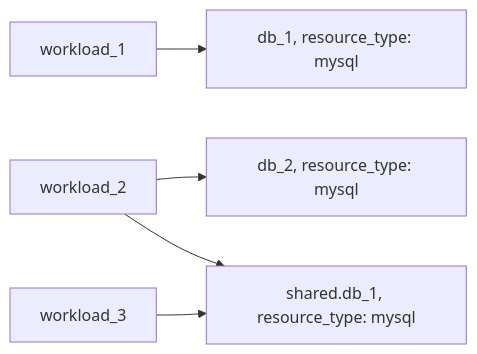
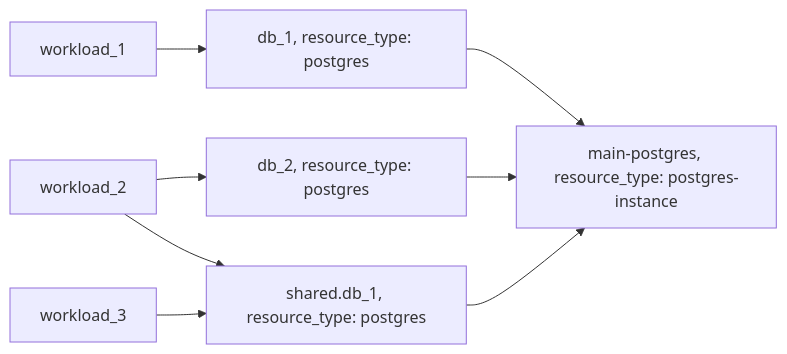
One commit to humanitec-architecture/resource-packs-gcp changed the second of 2 diagrams in examples/postgres/README.md. Above: the diagram before and after it, drawn with Mermaid. The commit also changed other lines of this file and 41 other files, not shown here.

````diff
--- a/examples/postgres/README.md
+++ b/examples/postgres/README.md
@@ -37,7 +58,10 @@
 ```mermaid
 graph LR;
-  workload_1 --> db_1["db_1, resource_type: mysql"]
-  workload_2 --> db_2["db_2, resource_type: mysql"]
-  workload_2 --> shared.db_1["shared.db_1, resource_type: mysql"]
-  workload_3 --> shared.db_1["shared.db_1, resource_type: mysql"]  
+    workload_1 --> db_1["db_1, resource_type: postgres"]
+    workload_2 --> db_2["db_2, resource_type: postgres"]
+    workload_2 --> shared.db_1["shared.db_1, resource_type: postgres"]
+    workload_3 --> shared.db_1["shared.db_1, resource_type: postgres"]
+    db_1 --> server["main-postgres, resource_type: postgres-instance"]
+    db_2 --> server
+    shared.db_1 --> server
 ```
````
